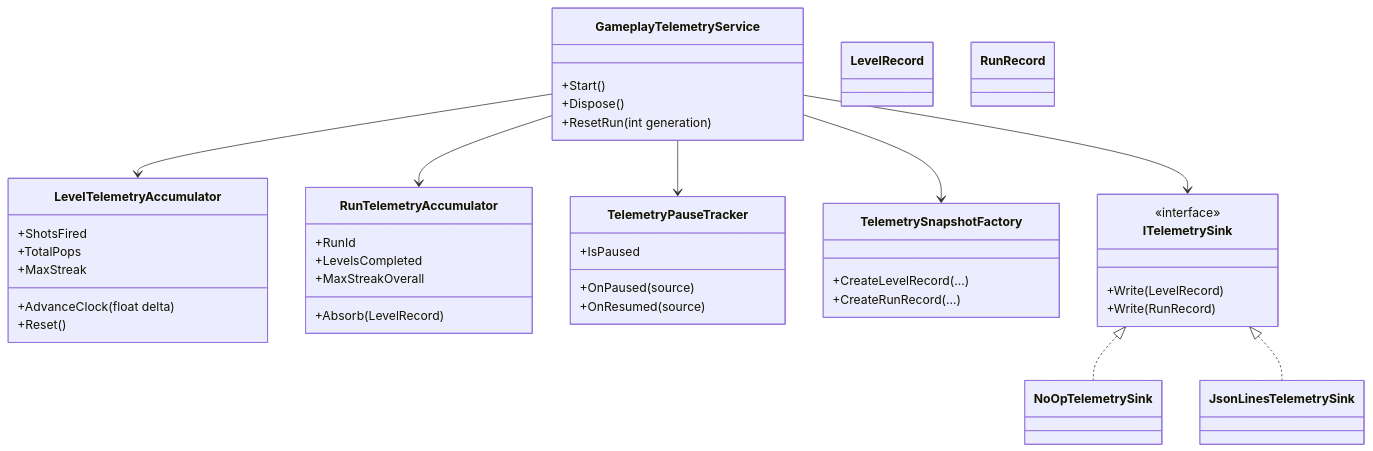
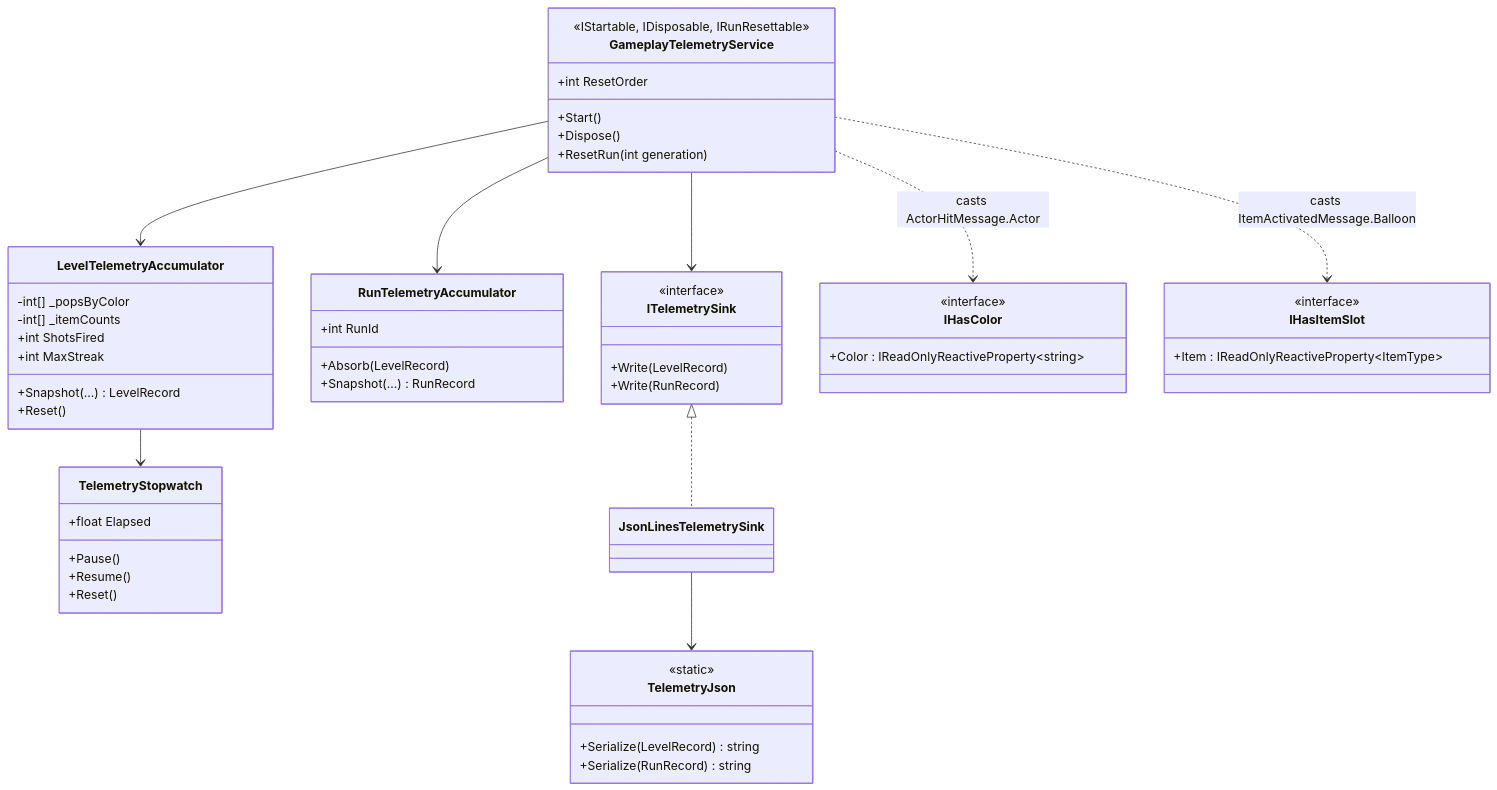
The first of 3 diagrams in Assets/Source/Plans/PLAN-GameplayTelemetry.md (jose-villegas/BalloonParty), drawn with Mermaid before and after one commit. The commit also changed other lines of this file and 5 other files, not shown here.

````diff
--- a/Assets/Source/Plans/PLAN-GameplayTelemetry.md
+++ b/Assets/Source/Plans/PLAN-GameplayTelemetry.md
@@ -57,47 +76,57 @@
 ```mermaid
 classDiagram
     class GameplayTelemetryService {
+      <<IStartable, IDisposable, IRunResettable>>
+      +int ResetOrder
       +Start()
       +Dispose()
       +ResetRun(int generation)
     }
     class LevelTelemetryAccumulator {
-      +ShotsFired
-      +TotalPops
-      +MaxStreak
-      +AdvanceClock(float delta)
+      -int[] _popsByColor
+      -int[] _itemCounts
+      +int ShotsFired
+      +int MaxStreak
+      +Snapshot(...) LevelRecord
       +Reset()
     }
     class RunTelemetryAccumulator {
-      +RunId
-      +LevelsCompleted
-      +MaxStreakOverall
+      +int RunId
       +Absorb(LevelRecord)
+      +Snapshot(...) RunRecord
     }
-    class TelemetryPauseTracker {
-      +IsPaused
-      +OnPaused(source)
-      +OnResumed(source)
-    }
-    class TelemetrySnapshotFactory {
-      +CreateLevelRecord(...)
-      +CreateRunRecord(...)
+    class TelemetryStopwatch {
+      +float Elapsed
+      +Pause()
+      +Resume()
+      +Reset()
     }
     class ITelemetrySink {
       <<interface>>
       +Write(LevelRecord)
       +Write(RunRecord)
     }
-    class NoOpTelemetrySink
     class JsonLinesTelemetrySink
-    class LevelRecord
-    class RunRecord
+    class TelemetryJson {
+      <<static>>
+      +Serialize(LevelRecord) string
+      +Serialize(RunRecord) string
+    }
+    class IHasColor {
+      <<interface>>
+      +Color : IReadOnlyReactiveProperty~string~
+    }
+    class IHasItemSlot {
+      <<interface>>
+      +Item : IReadOnlyReactiveProperty~ItemType~
+    }
 
     GameplayTelemetryService --> LevelTelemetryAccumulator
     GameplayTelemetryService --> RunTelemetryAccumulator
-    GameplayTelemetryService --> TelemetryPauseTracker
-    GameplayTelemetryService --> TelemetrySnapshotFactory
     GameplayTelemetryService --> ITelemetrySink
-    ITelemetrySink <|.. NoOpTelemetrySink
+    GameplayTelemetryService ..> IHasColor : casts ActorHitMessage.Actor
+    GameplayTelemetryService ..> IHasItemSlot : casts ItemActivatedMessage.Balloon
+    LevelTelemetryAccumulator --> TelemetryStopwatch
     ITelemetrySink <|.. JsonLinesTelemetrySink
+    JsonLinesTelemetrySink --> TelemetryJson
 ```
````
